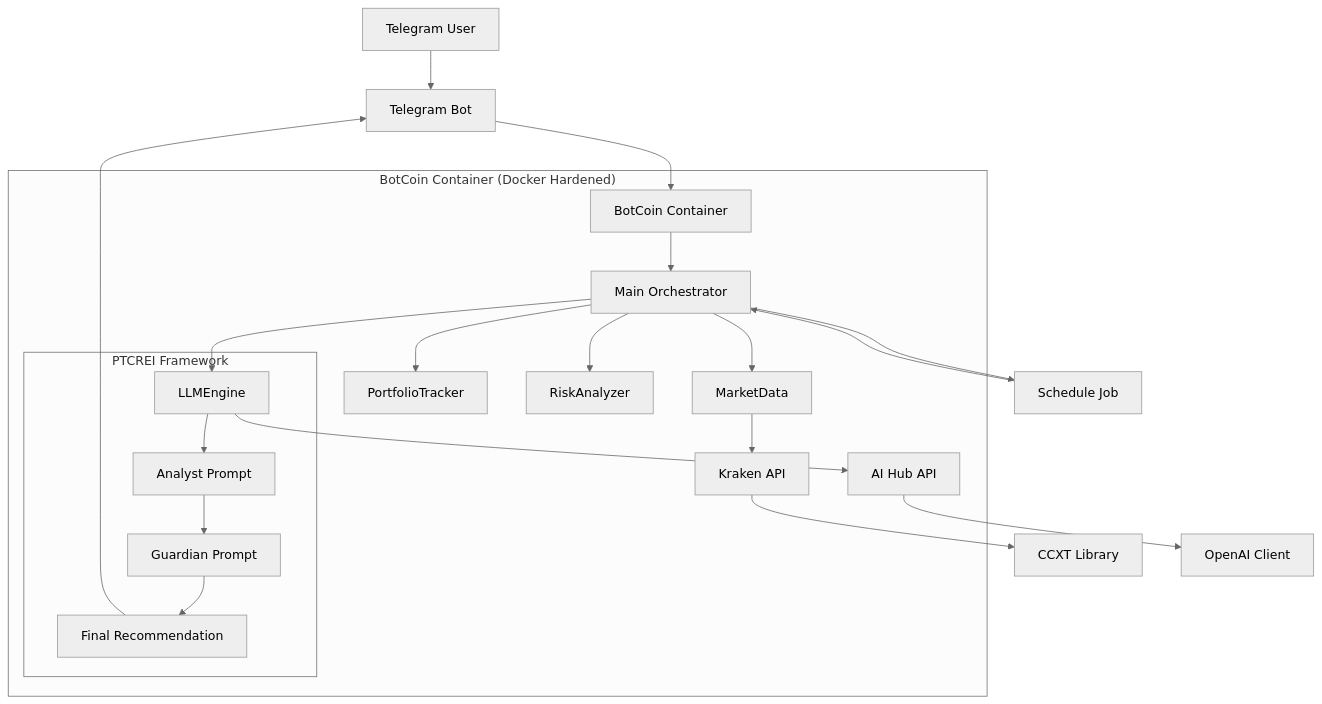
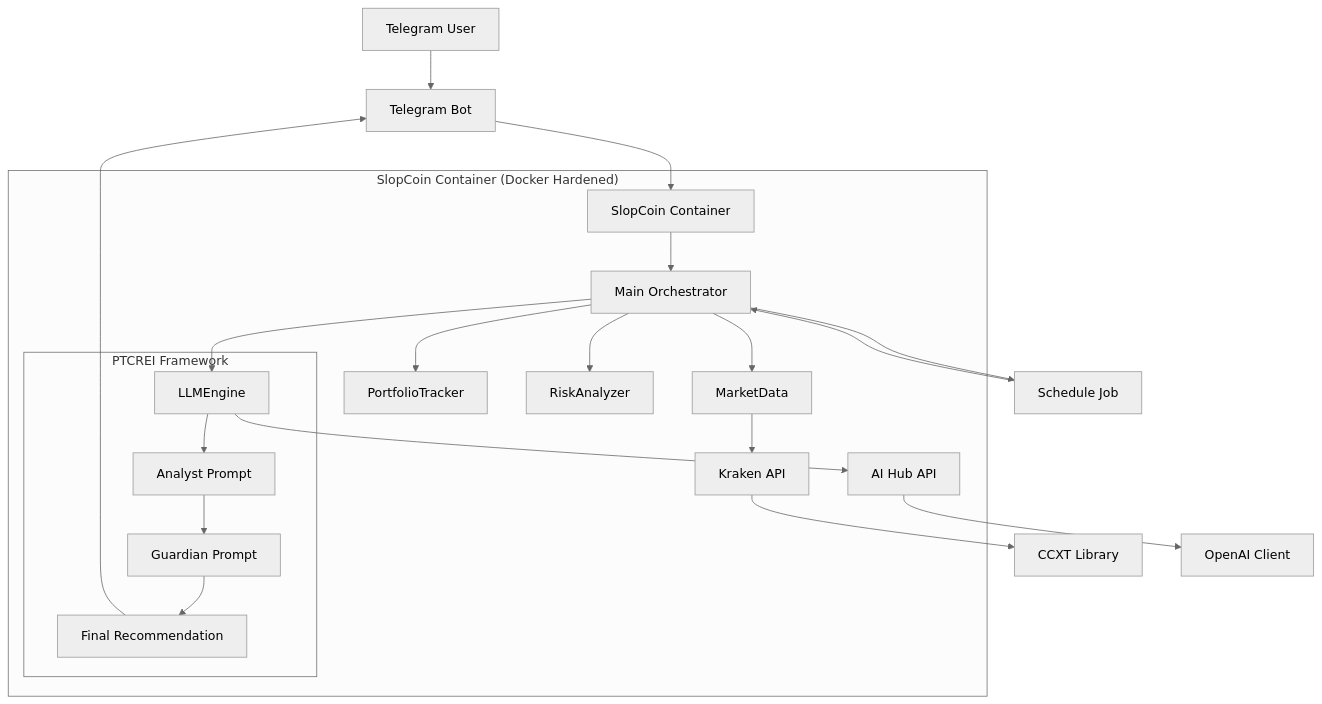
Before and after one commit to Ilyu321/BotCoin: the diagram in README.md, drawn with Mermaid (neutral theme). The commit also changed other lines of this file and 15 other files, not shown here.

````diff
--- a/README.md
+++ b/README.md
@@ -149,29 +149,29 @@
 ```mermaid
 graph TB
     A[Telegram User] --> B[Telegram Bot]
-    B --> C[BotCoin Container]
+    B --> C[SlopCoin Container]
     
-    subgraph "BotCoin Container (Docker Hardened)"
+    subgraph "SlopCoin Container (Docker Hardened)"
         C --> D[Main Orchestrator]
         D --> E[MarketData]
         D --> F[PortfolioTracker]
         D --> G[RiskAnalyzer]
         D --> H[LLMEngine]
         
         E --> I[Kraken API]
         H --> J[AI Hub API]
         
         subgraph "PTCREI Framework"
             H --> K[Analyst Prompt]
             K --> L[Guardian Prompt]
             L --> M[Final Recommendation]
         end
     end
     
     I --> N[CCXT Library]
     J --> O[OpenAI Client]
     
     M --> B
     D --> P[Schedule Job]
     P --> D
 ```
````
